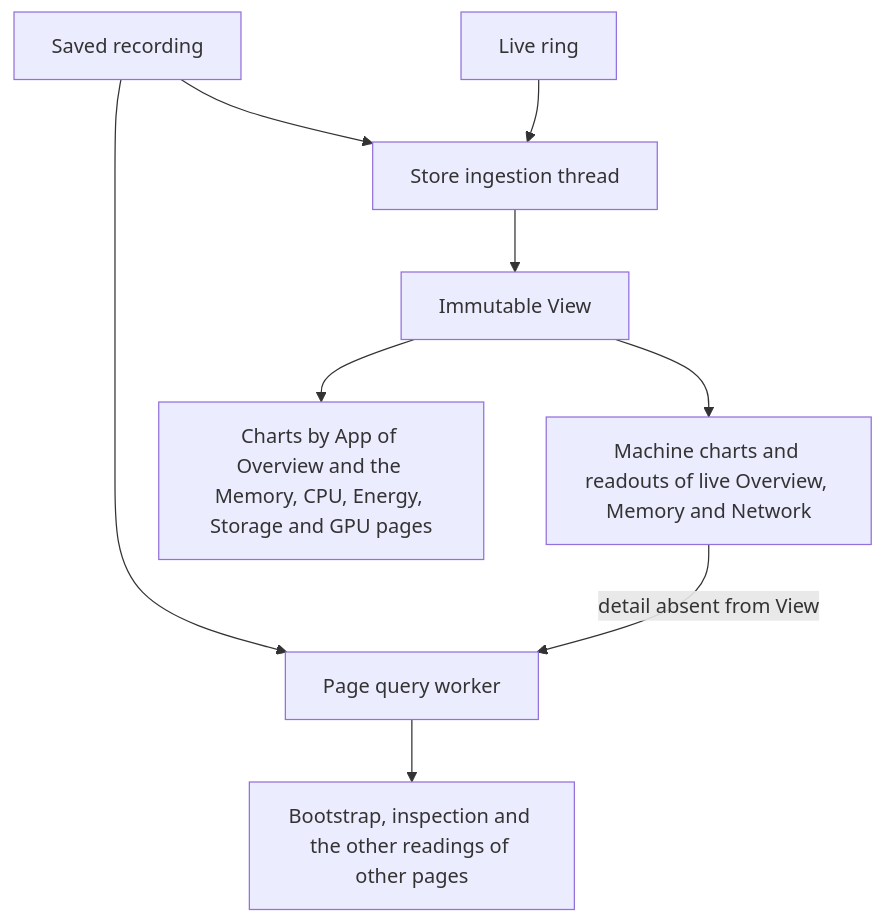
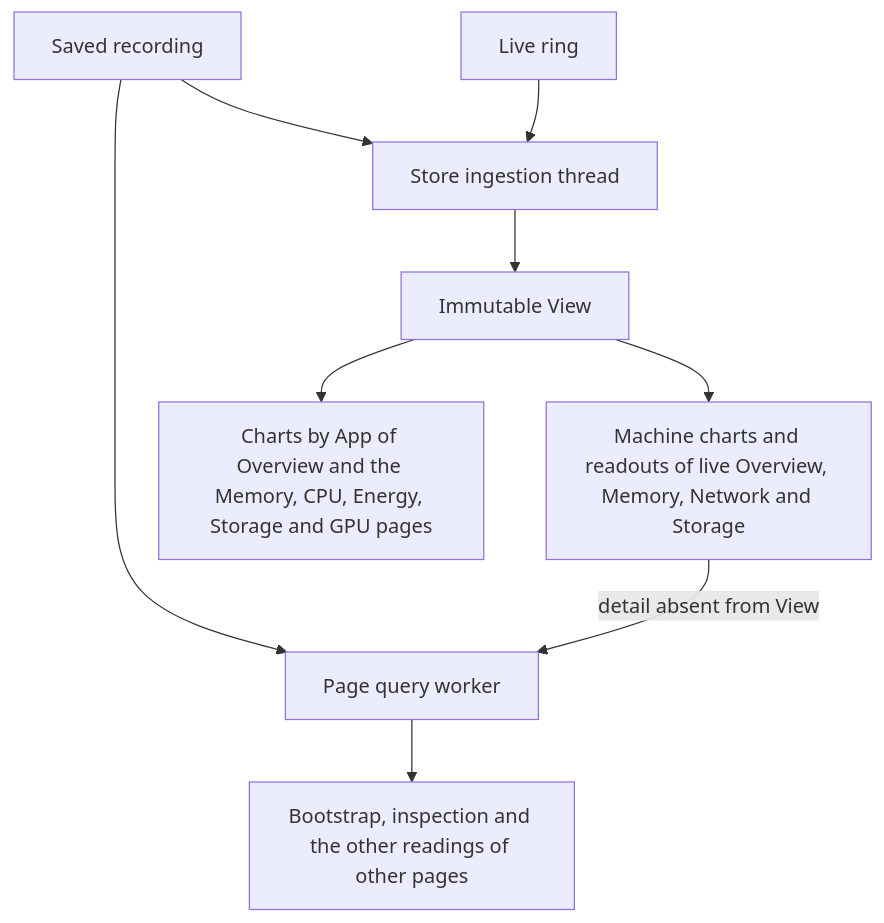
The second of 3 diagrams in docs/architecture.md (joaofnds/flightdeck), drawn with Mermaid before and after one commit. The commit also changed other lines of this file and 19 other files, not shown here.

````diff
--- a/docs/architecture.md
+++ b/docs/architecture.md
@@ -128,11 +128,11 @@
 ```mermaid
 flowchart TD
     Saved[Saved recording] --> Store[Store ingestion thread]
     Ring[Live ring] --> Store
     Saved --> Worker[Page query worker]
     Store --> View[Immutable View]
-    View --> Machine[Machine charts and readouts of live Overview, Memory and Network]
+    View --> Machine[Machine charts and readouts of live Overview, Memory, Network and Storage]
     View --> AppCharts[Charts by App of Overview and the Memory, CPU, Energy, Storage and GPU pages]
     Worker --> Pages[Bootstrap, inspection and the other readings of other pages]
     Machine -->|detail absent from View| Worker
 ```
````
